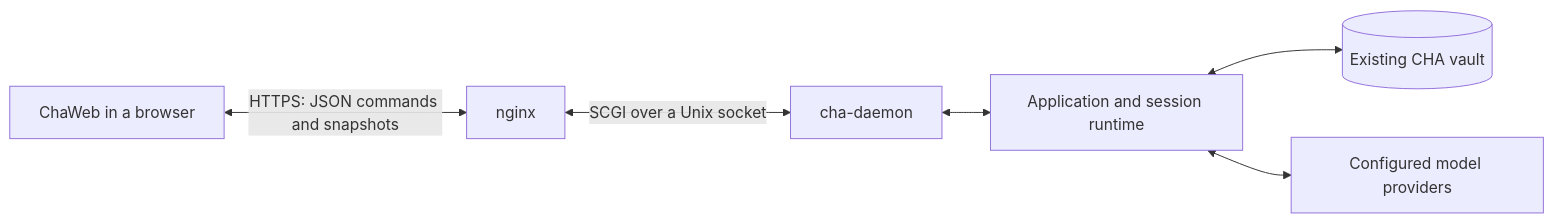
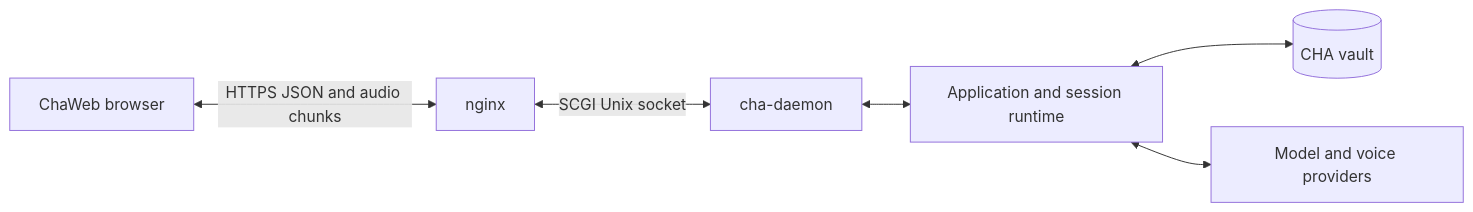
The diagram in docs/chaweb.md (michaelpopov/cha), drawn with Mermaid before and after one commit. The commit also changed other lines of this file and 14 other files, not shown here.

````diff
--- a/docs/chaweb.md
+++ b/docs/chaweb.md
@@ -41,14 +10,14 @@
 ```mermaid
 flowchart LR
-    browser[ChaWeb in a browser]
+    browser[ChaWeb browser]
     nginx[nginx]
     daemon[cha-daemon]
     app[Application and session runtime]
-    storage[(Existing CHA vault)]
-    providers[Configured model providers]
-    browser <-->|HTTPS: JSON commands and snapshots| nginx
-    nginx <-->|SCGI over a Unix socket| daemon
+    storage[(CHA vault)]
+    providers[Model and voice providers]
+    browser <-->|HTTPS JSON and audio chunks| nginx
+    nginx <-->|SCGI Unix socket| daemon
     daemon <--> app
     app <--> storage
     app <--> providers
 ```
````
